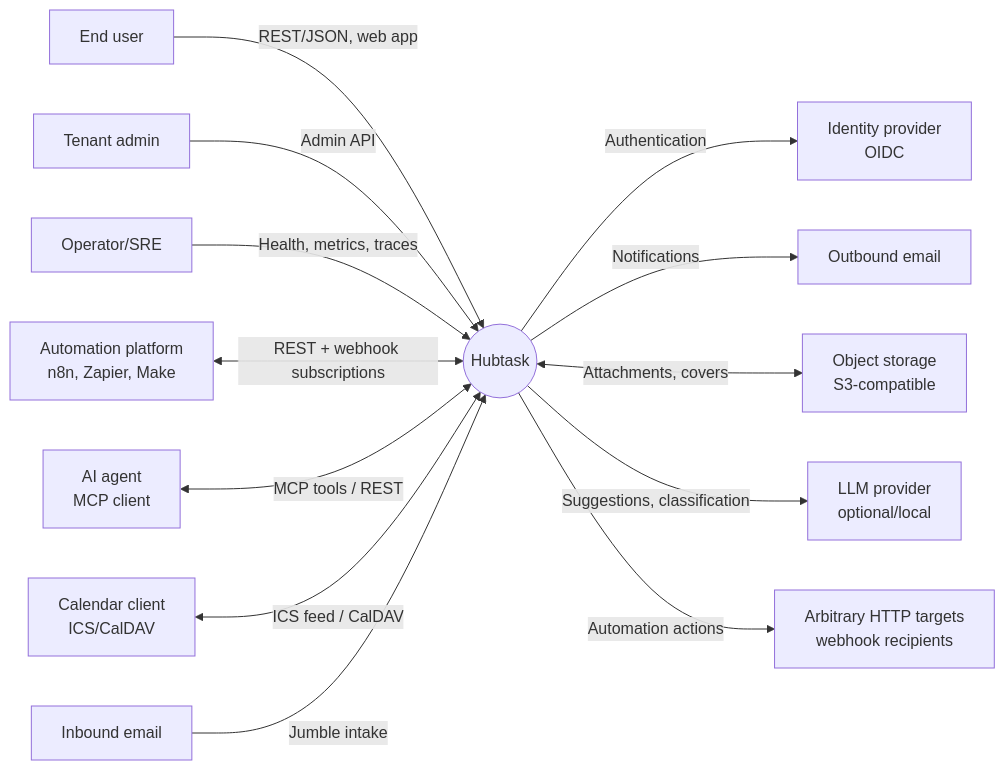
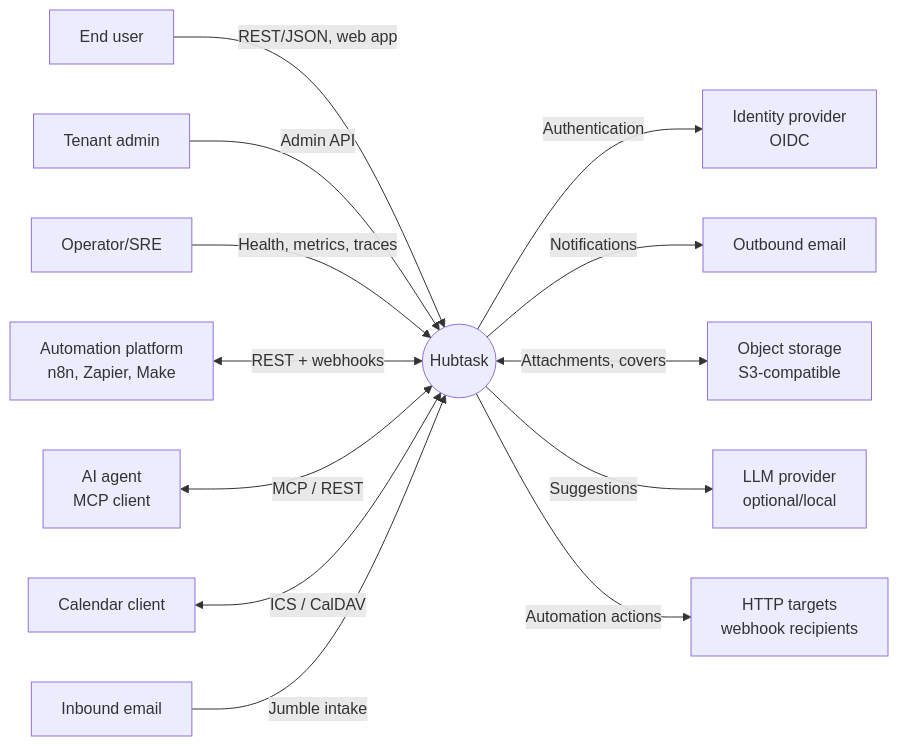
Before and after one commit to Jersyfi/hubtask: the first of 3 diagrams in docs/architecture/arc42.md, drawn with Mermaid. The commit also changed other lines of this file, not shown here.

First line of the commit message:
docs(architecture): arc42.md is the frame and links the concepts

````diff
--- a/docs/architecture/arc42.md
+++ b/docs/architecture/arc42.md
@@ -175,30 +165,16 @@
 ```mermaid
 graph LR
-  U[End user]
-  ADMIN[Tenant admin]
-  OPS[Operator/SRE]
-  AUTO[Automation platform<br/>n8n, Zapier, Make]
-  AGENT[AI agent<br/>MCP client]
-  CAL[Calendar client<br/>ICS/CalDAV]
-  MAIL[Inbound email]
-  IDP[Identity provider<br/>OIDC]
-  SMTP[Outbound email]
-  OBJ[Object storage<br/>S3-compatible]
-  LLM[LLM provider<br/>optional/local]
-  EXT[Arbitrary HTTP targets<br/>webhook recipients]
-
   HT((Hubtask))
-
-  U -->|REST/JSON, web app| HT
-  ADMIN -->|Admin API| HT
-  OPS -->|Health, metrics, traces| HT
-  AUTO <-->|REST + webhook subscriptions| HT
-  AGENT <-->|MCP tools / REST| HT
-  CAL <-->|ICS feed / CalDAV| HT
-  MAIL -->|Jumble intake| HT
-  HT -->|Authentication| IDP
-  HT -->|Notifications| SMTP
-  HT <-->|Attachments, covers| OBJ
-  HT -->|Suggestions, classification| LLM
-  HT -->|Automation actions| EXT
+  U[End user] -->|REST/JSON, web app| HT
+  ADMIN[Tenant admin] -->|Admin API| HT
+  OPS[Operator/SRE] -->|Health, metrics, traces| HT
+  AUTO[Automation platform<br/>n8n, Zapier, Make] <-->|REST + webhooks| HT
+  AGENT[AI agent<br/>MCP client] <-->|MCP / REST| HT
+  CAL[Calendar client] <-->|ICS / CalDAV| HT
+  MAIL[Inbound email] -->|Jumble intake| HT
+  HT -->|Authentication| IDP[Identity provider<br/>OIDC]
+  HT -->|Notifications| SMTP[Outbound email]
+  HT <-->|Attachments, covers| OBJ[Object storage<br/>S3-compatible]
+  HT -->|Suggestions| LLM[LLM provider<br/>optional/local]
+  HT -->|Automation actions| EXT[HTTP targets<br/>webhook recipients]
 ```
````
